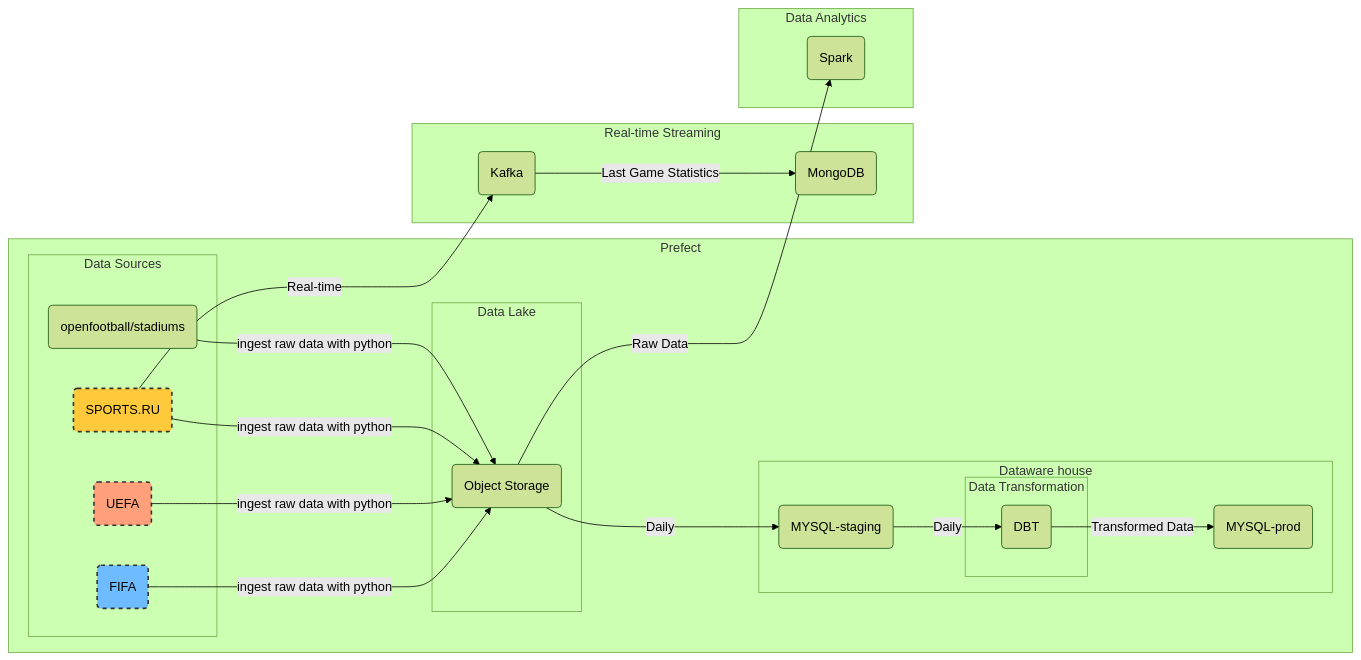
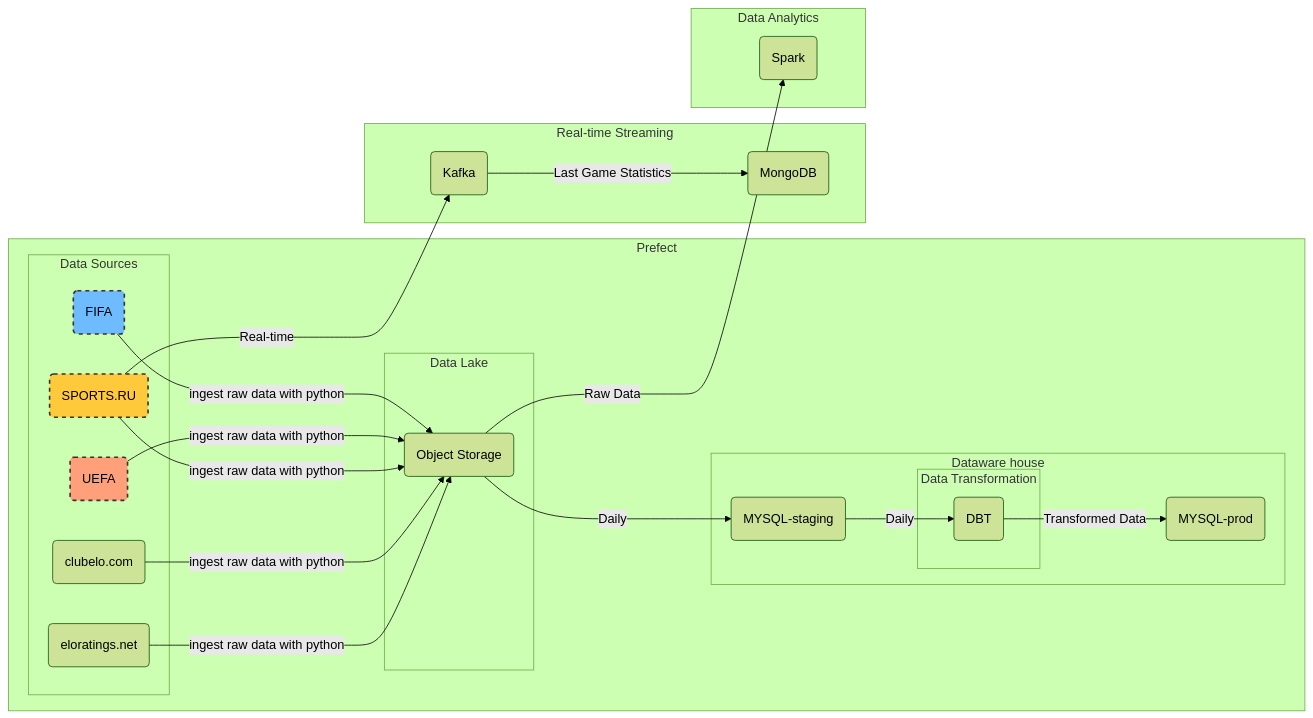
Before and after one commit to DonaldWipper/Football-Tournaments-Data-Archive: the first of 2 diagrams in README.md, drawn with Mermaid (forest theme). The commit also changed other lines of this file, not shown here.

````diff
--- a/README.md
+++ b/README.md
@@ -50,52 +50,54 @@
 ```mermaid
 flowchart LR
 
 style A fill:#6ebcff,stroke:#333,stroke-width:2px,stroke-dasharray: 5, 5;
 style B fill:#ffa07a,stroke:#333,stroke-width:2px,stroke-dasharray: 5, 5;
 style C fill:#ffc93c,stroke:#333,stroke-width:2px,stroke-dasharray: 5, 5;
 
 subgraph "Prefect"
 subgraph "Data Sources"
 A(FIFA)
 B(UEFA)
 C(SPORTS.RU)
-S(openfootball/stadiums)
+S(clubelo.com)
+Y(eloratings.net)
 end
 
 
 
     subgraph "Data Lake"
         E(Object Storage)
         
     end
 
     subgraph "Dataware house"
         F(MYSQL-staging)
         subgraph "Data Transformation"
         G(DBT)
         end
         L(MYSQL-prod)
     end
 end
 
 
 subgraph "Real-time Streaming"
 H(Kafka)
 I(MongoDB)
 end
 
 subgraph "Data Analytics"
 J(Spark)
 end
 
 A -- ingest raw data with python  --> E
 B -- ingest raw data with python--> E
 C -- ingest raw data with python--> E
 S -- ingest raw data with python--> E
+Y -- ingest raw data with python--> E
 E -- Daily --> F
 F -- Daily --> G
 G -- Transformed Data --> L
 C -- Real-time --> H
 H -- Last Game Statistics  --> I
 E -- Raw Data --> J
 ```
````
